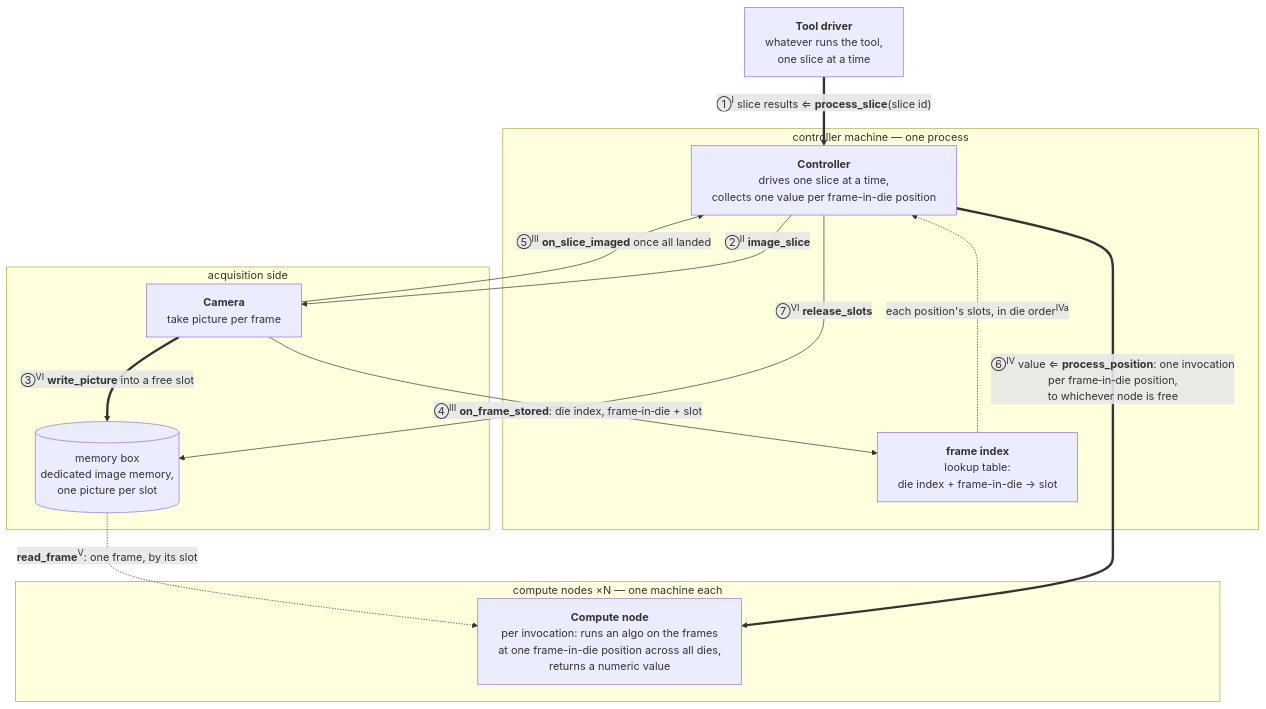
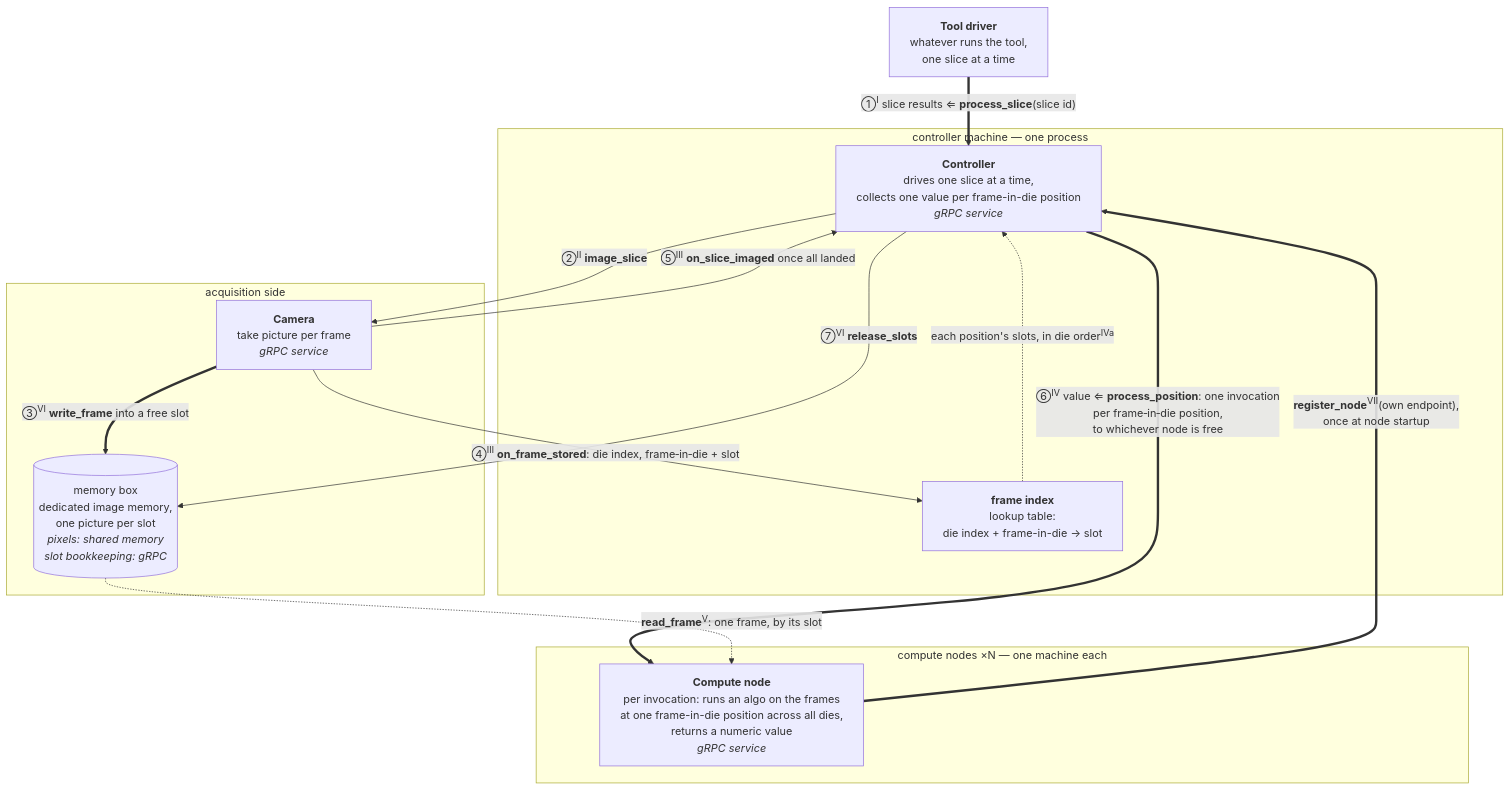
The first of 2 diagrams in README.md (erancha/algorithm-controller), drawn with Mermaid before and after one commit. The commit also changed other lines of this file and 46 other files, not shown here.

First line of the commit message:
Implement the wafer-inspection design as five gRPC and shared-memory processes

````diff
--- a/README.md
+++ b/README.md
@@ -67,25 +76,26 @@
 ```mermaid
 %%{init: {"flowchart": {"wrappingWidth": 400}}}%%
 flowchart TB
     DRV[<b>Tool driver</b><br/>whatever runs the tool,<br/>one slice at a time]
     subgraph CTRLM[controller machine — one process]
-        CTRL[<b>Controller</b><br/>drives one slice at a time,<br/>collects one value per frame-in-die position]
+        CTRL[<b>Controller</b><br/>drives one slice at a time,<br/>collects one value per frame-in-die position<br/><i>gRPC service</i>]
         IDX[<b>frame index</b><br/>lookup table:<br/>die index + frame-in-die → slot]
     end
     subgraph ACQ[acquisition side]
-        CAM[<b>Camera</b><br/>take picture per frame]
-        MB[(memory box<br/>dedicated image memory,<br/>one picture per slot)]
+        CAM[<b>Camera</b><br/>take picture per frame<br/><i>gRPC service</i>]
+        MB[(memory box<br/>dedicated image memory,<br/>one picture per slot<br/><i>pixels: shared memory<br/>slot bookkeeping: gRPC</i>)]
     end
     subgraph NODES[compute nodes ×N — one machine each]
-        CN[<b>Compute node</b><br/>per invocation: runs an algo on the frames<br/>at one frame-in-die position across all dies,<br/>returns a numeric value]
+        CN[<b>Compute node</b><br/>per invocation: runs an algo on the frames<br/>at one frame-in-die position across all dies,<br/>returns a numeric value<br/><i>gRPC service</i>]
     end
     DRV == "①<sup>Ⅰ</sup>&nbsp;slice&nbsp;results&nbsp;⇐&nbsp;<b>process_slice</b>(slice&nbsp;id)" ==> CTRL
     CTRL -- "②<sup>Ⅱ</sup>&nbsp;<b>image_slice</b>" --> CAM
-    CAM == "③<sup>Ⅵ</sup>&nbsp;<b>write_picture</b>&nbsp;into&nbsp;a&nbsp;free&nbsp;slot" ==> MB
+    CAM == "③<sup>Ⅵ</sup>&nbsp;<b>write_frame</b>&nbsp;into&nbsp;a&nbsp;free&nbsp;slot" ==> MB
     CAM -- "④<sup>Ⅲ</sup>&nbsp;<b>on_frame_stored</b>:&nbsp;die&nbsp;index,&nbsp;frame#8209;in#8209;die&nbsp;+&nbsp;slot" --> IDX
     CAM -- "⑤<sup>Ⅲ</sup>&nbsp;<b>on_slice_imaged</b>&nbsp;once&nbsp;all&nbsp;landed" --> CTRL
     IDX -. "each&nbsp;position's&nbsp;slots,&nbsp;in&nbsp;die&nbsp;order<sup>Ⅳa</sup>" .-> CTRL
     CTRL == "⑥<sup>Ⅳ</sup>&nbsp;value&nbsp;⇐&nbsp;<b>process_position</b>:&nbsp;one&nbsp;invocation<br/>per&nbsp;frame#8209;in#8209;die&nbsp;position,<br/>to&nbsp;whichever&nbsp;node&nbsp;is&nbsp;free" ==> CN
+    CN == "<b>register_node</b><sup>Ⅶ</sup>(own&nbsp;endpoint),<br/>once&nbsp;at&nbsp;node&nbsp;startup" ==> CTRL
     MB -. "<b>read_frame</b><sup>Ⅴ</sup>:&nbsp;one&nbsp;frame,&nbsp;by&nbsp;its&nbsp;slot" .-> CN
     CTRL -- "⑦<sup>Ⅵ</sup>&nbsp;<b>release_slots</b>" --> MB
 ```
````
